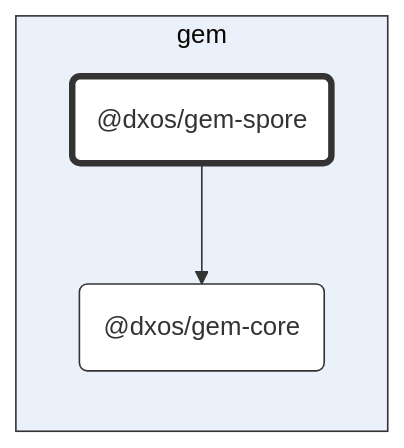
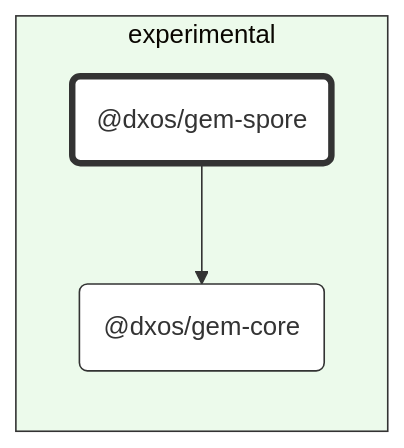
One commit to dxos/dxos changed the diagram in packages/experimental/gem-spore/docs/README.md. Above: the diagram before and after it, drawn with Mermaid (base theme). The commit also changed 95 other files, not shown here.

Commit message:
Class diagrams.

````diff
--- a/packages/experimental/gem-spore/docs/README.md
+++ b/packages/experimental/gem-spore/docs/README.md
@@ -7,23 +7,23 @@
 ```mermaid
 %%{ init: {'flowchart':{'curve':'basis'}} }%%
 
 flowchart LR
 
 %% Classes
 classDef def fill:#fff,stroke:#333,stroke-width:1px
 classDef root fill:#fff,stroke:#333,stroke-width:4px
 
 %% Nodes
 
-subgraph gem [gem]
-  style gem fill:#ebf1fa,stroke:#333
+subgraph experimental [experimental]
+  style experimental fill:#ecfaeb,stroke:#333
   dxos/gem-spore("@dxos/gem-spore"):::root
-  click dxos/gem-spore "dxos/dxos/tree/main/packages/gem/gem-spore/docs"
+  click dxos/gem-spore "dxos/dxos/tree/main/packages/experimental/gem-spore/docs"
   dxos/gem-core("@dxos/gem-core"):::def
-  click dxos/gem-core "dxos/dxos/tree/main/packages/gem/gem-core/docs"
+  click dxos/gem-core "dxos/dxos/tree/main/packages/experimental/gem-core/docs"
 end
 
 %% Links
 linkStyle default stroke:#333,stroke-width:1px
 dxos/gem-spore --> dxos/gem-core
 ```
````
